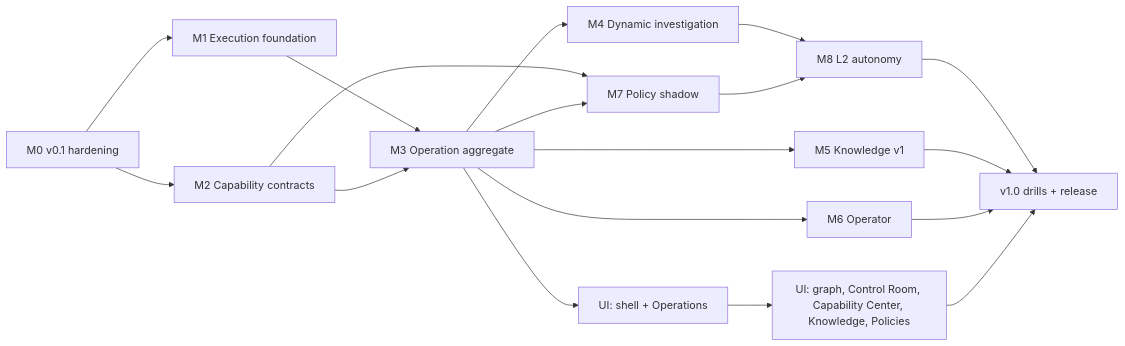
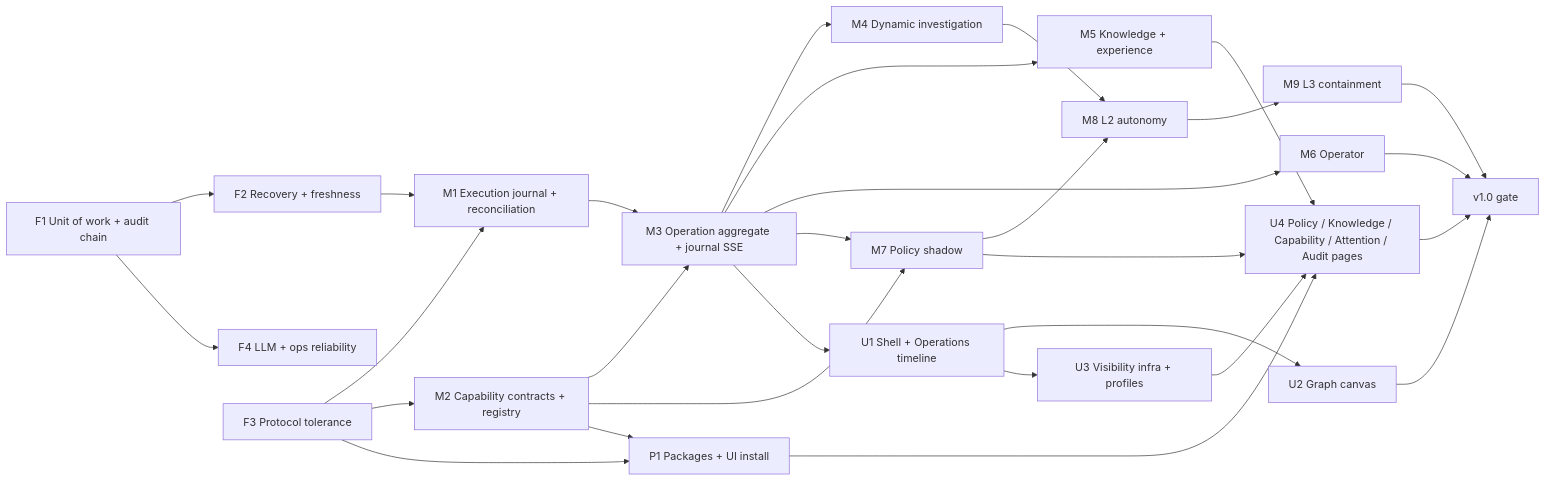
The diagram in docs/rework/06-implementation-roadmap.md (RoastSlav/domovoi), drawn with Mermaid before and after one commit. The commit also changed other lines of this file and 30 other files, not shown here.

````diff
--- a/docs/rework/06-implementation-roadmap.md
+++ b/docs/rework/06-implementation-roadmap.md
@@ -7,20 +7,31 @@
 ```mermaid
 flowchart LR
-  M0[M0 v0.1 hardening] --> M1[M1 Execution foundation]
-  M0 --> M2[M2 Capability contracts]
-  M1 --> M3[M3 Operation aggregate]
+  F1[F1 Unit of work + audit chain] --> F2[F2 Recovery + freshness]
+  F1 --> F4[F4 LLM + ops reliability]
+  F3[F3 Protocol tolerance] --> M1
+  F2 --> M1[M1 Execution journal + reconciliation]
+  F3 --> M2[M2 Capability contracts + registry]
+  M1 --> M3[M3 Operation aggregate + journal SSE]
   M2 --> M3
   M3 --> M4[M4 Dynamic investigation]
-  M3 --> M5[M5 Knowledge v1]
+  M3 --> M5[M5 Knowledge + experience]
   M3 --> M6[M6 Operator]
   M2 --> M7[M7 Policy shadow]
   M3 --> M7
   M4 --> M8[M8 L2 autonomy]
   M7 --> M8
-  M3 --> U1[UI: shell + Operations]
-  U1 --> U2[UI: graph, Control Room, Capability Center, Knowledge, Policies]
-  M8 --> V1[v1.0 drills + release]
-  M5 --> V1
+  M8 --> M9[M9 L3 containment]
+  M2 --> P1[P1 Packages + UI install]
+  F3 --> P1
+  M3 --> U1[U1 Shell + Operations timeline]
+  U1 --> U2[U2 Graph canvas]
+  U1 --> U3[U3 Visibility infra + profiles]
+  U3 --> U4[U4 Policy / Knowledge / Capability / Attention / Audit pages]
+  M5 --> U4
+  M7 --> U4
+  P1 --> U4
+  M9 --> V1[v1.0 gate]
+  U2 --> V1
+  U4 --> V1
   M6 --> V1
-  U2 --> V1
 ```
````
